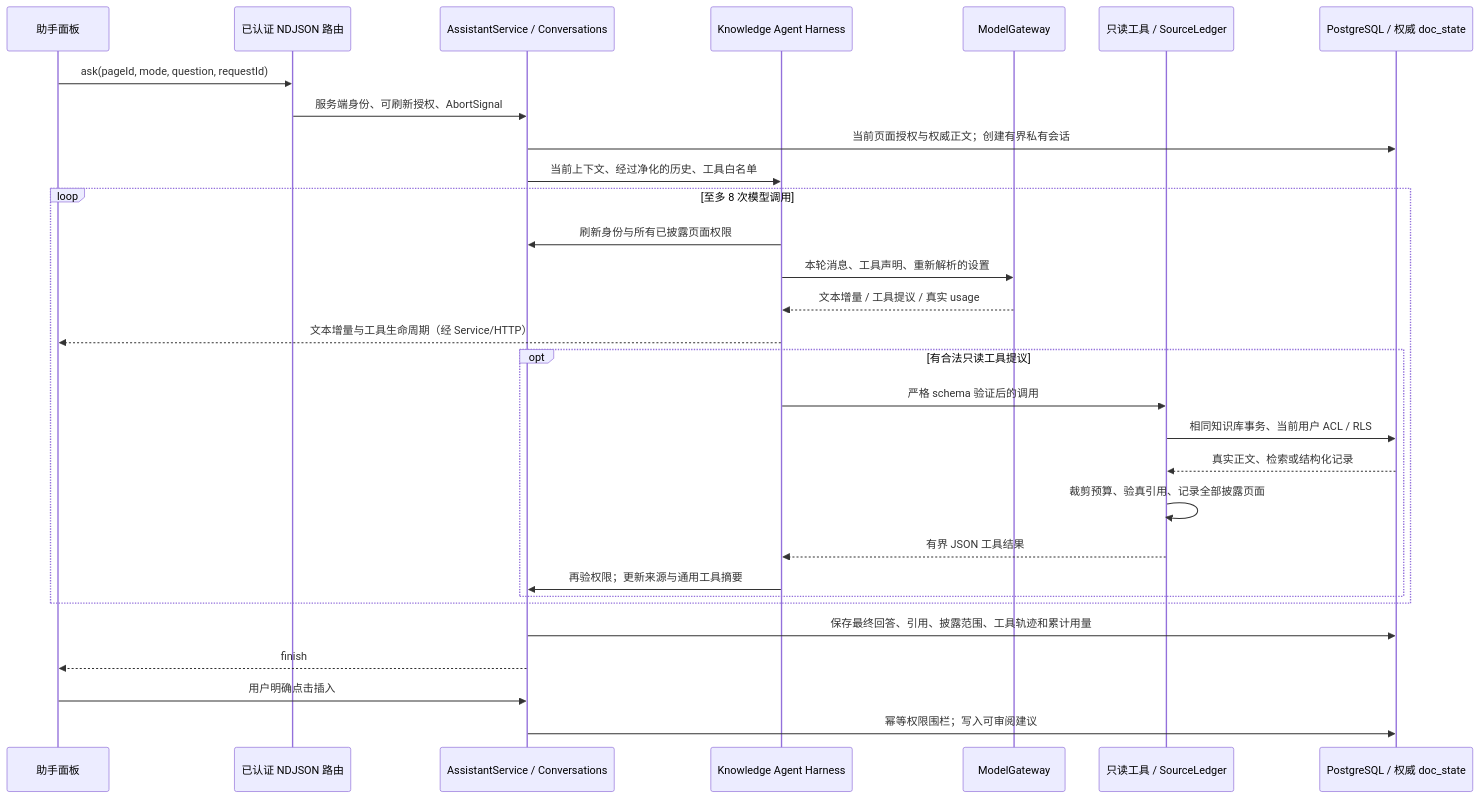
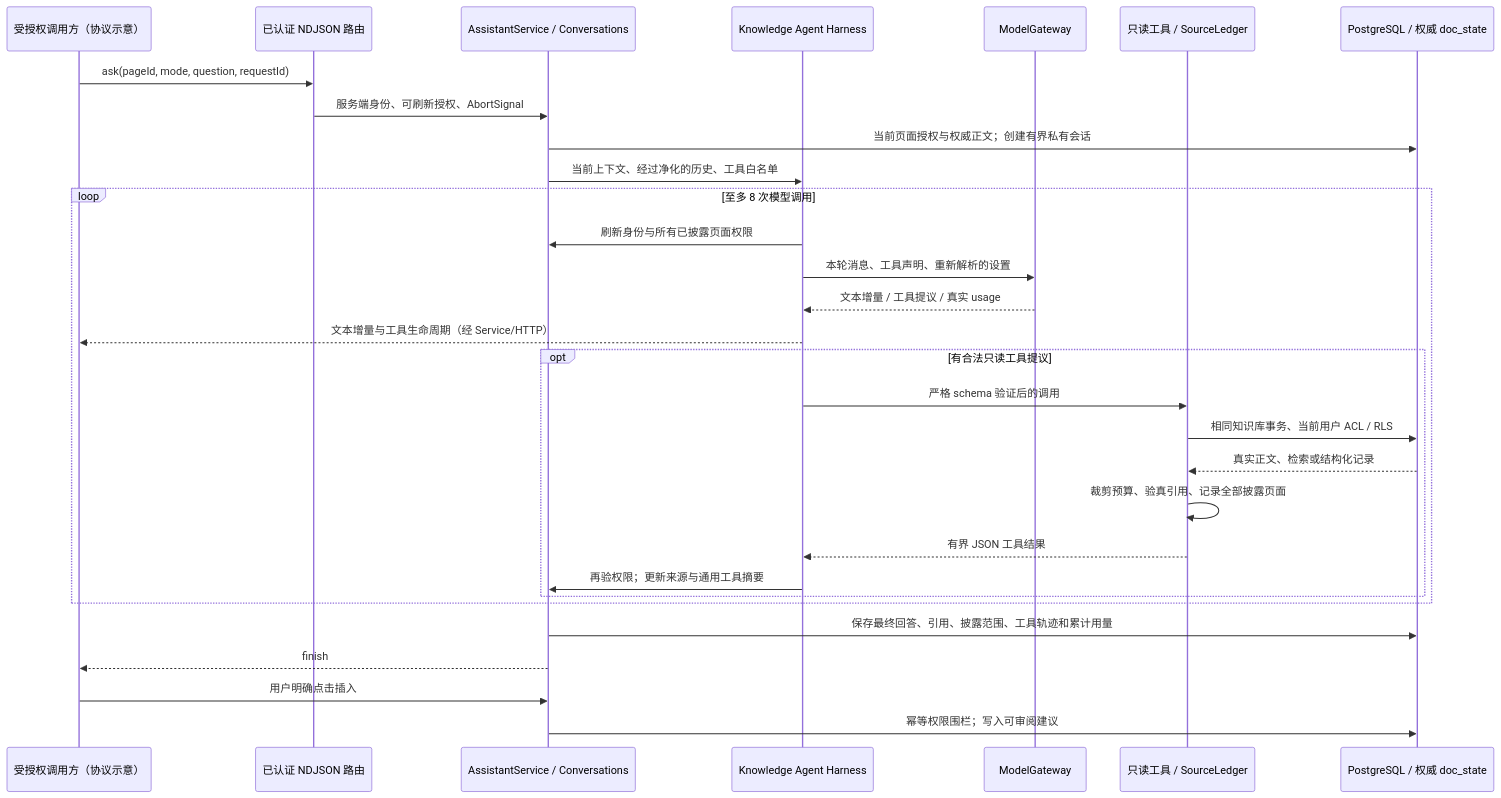
The diagram in docs/knowledge-assistant-agent.md (ccyang-aier/fob), drawn with Mermaid before and after one commit. The commit also changed other lines of this file and 25 other files, not shown here.

````diff
--- a/docs/knowledge-assistant-agent.md
+++ b/docs/knowledge-assistant-agent.md
@@ -49,32 +44,32 @@
 ```mermaid
 sequenceDiagram
-  participant UI as 助手面板
+  participant UI as 受授权调用方（协议示意）
   participant HTTP as 已认证 NDJSON 路由
   participant Service as AssistantService / Conversations
   participant Harness as Knowledge Agent Harness
   participant Gateway as ModelGateway
   participant Tools as 只读工具 / SourceLedger
   participant DB as PostgreSQL / 权威 doc_state
   UI->>HTTP: ask(pageId, mode, question, requestId)
   HTTP->>Service: 服务端身份、可刷新授权、AbortSignal
   Service->>DB: 当前页面授权与权威正文；创建有界私有会话
   Service->>Harness: 当前上下文、经过净化的历史、工具白名单
   loop 至多 8 次模型调用
     Harness->>Service: 刷新身份与所有已披露页面权限
     Harness->>Gateway: 本轮消息、工具声明、重新解析的设置
     Gateway-->>Harness: 文本增量 / 工具提议 / 真实 usage
     Harness-->>UI: 文本增量与工具生命周期（经 Service/HTTP）
     opt 有合法只读工具提议
       Harness->>Tools: 严格 schema 验证后的调用
       Tools->>DB: 相同知识库事务、当前用户 ACL / RLS
       DB-->>Tools: 真实正文、检索或结构化记录
       Tools->>Tools: 裁剪预算、验真引用、记录全部披露页面
       Tools-->>Harness: 有界 JSON 工具结果
       Harness->>Service: 再验权限；更新来源与通用工具摘要
     end
   end
   Service->>DB: 保存最终回答、引用、披露范围、工具轨迹和累计用量
   Service-->>UI: finish
   UI->>Service: 用户明确点击插入
   Service->>DB: 幂等权限围栏；写入可审阅建议
 ```
````
